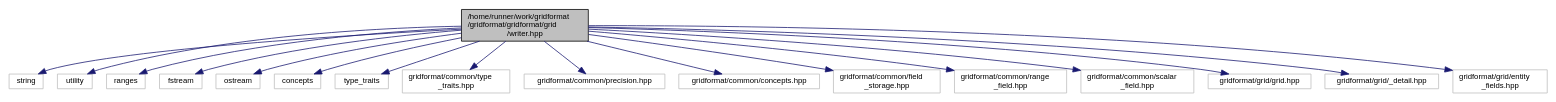
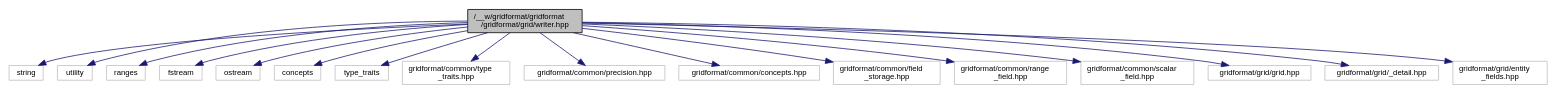
Before and after one commit to dglaeser/gridformat: the diagram in grid_2writer_8hpp__incl.dot, drawn with Graphviz. The commit also changed 329 other files, not shown here.

```diff
--- a/grid_2writer_8hpp__incl.dot
+++ b/grid_2writer_8hpp__incl.dot
@@ -1,39 +1,39 @@
-digraph "/home/runner/work/gridformat/gridformat/gridformat/grid/writer.hpp"
+digraph "/__w/gridformat/gridformat/gridformat/grid/writer.hpp"
 {
  // LATEX_PDF_SIZE
   edge [fontname="Helvetica",fontsize="10",labelfontname="Helvetica",labelfontsize="10"];
   node [fontname="Helvetica",fontsize="10",shape=record];
-  Node1 [label="/home/runner/work/gridformat\l/gridformat/gridformat/grid\l/writer.hpp",height=0.2,width=0.4,color="black", fillcolor="grey75", style="filled", fontcolor="black",tooltip="Base classes for grid data writers."];
+  Node1 [label="/__w/gridformat/gridformat\l/gridformat/grid/writer.hpp",height=0.2,width=0.4,color="black", fillcolor="grey75", style="filled", fontcolor="black",tooltip="Base classes for grid data writers."];
   Node1 -> Node2 [color="midnightblue",fontsize="10",style="solid",fontname="Helvetica"];
   Node2 [label="string",height=0.2,width=0.4,color="grey75", fillcolor="white", style="filled",tooltip=" "];
   Node1 -> Node3 [color="midnightblue",fontsize="10",style="solid",fontname="Helvetica"];
   Node3 [label="utility",height=0.2,width=0.4,color="grey75", fillcolor="white", style="filled",tooltip=" "];
   Node1 -> Node4 [color="midnightblue",fontsize="10",style="solid",fontname="Helvetica"];
   Node4 [label="ranges",height=0.2,width=0.4,color="grey75", fillcolor="white", style="filled",tooltip=" "];
   Node1 -> Node5 [color="midnightblue",fontsize="10",style="solid",fontname="Helvetica"];
   Node5 [label="fstream",height=0.2,width=0.4,color="grey75", fillcolor="white", style="filled",tooltip=" "];
   Node1 -> Node6 [color="midnightblue",fontsize="10",style="solid",fontname="Helvetica"];
   Node6 [label="ostream",height=0.2,width=0.4,color="grey75", fillcolor="white", style="filled",tooltip=" "];
   Node1 -> Node7 [color="midnightblue",fontsize="10",style="solid",fontname="Helvetica"];
   Node7 [label="concepts",height=0.2,width=0.4,color="grey75", fillcolor="white", style="filled",tooltip=" "];
   Node1 -> Node8 [color="midnightblue",fontsize="10",style="solid",fontname="Helvetica"];
   Node8 [label="type_traits",height=0.2,width=0.4,color="grey75", fillcolor="white", style="filled",tooltip=" "];
   Node1 -> Node9 [color="midnightblue",fontsize="10",style="solid",fontname="Helvetica"];
   Node9 [label="gridformat/common/type\l_traits.hpp",height=0.2,width=0.4,color="grey75", fillcolor="white", style="filled",tooltip=" "];
   Node1 -> Node10 [color="midnightblue",fontsize="10",style="solid",fontname="Helvetica"];
   Node10 [label="gridformat/common/precision.hpp",height=0.2,width=0.4,color="grey75", fillcolor="white", style="filled",tooltip=" "];
   Node1 -> Node11 [color="midnightblue",fontsize="10",style="solid",fontname="Helvetica"];
   Node11 [label="gridformat/common/concepts.hpp",height=0.2,width=0.4,color="grey75", fillcolor="white", style="filled",tooltip=" "];
   Node1 -> Node12 [color="midnightblue",fontsize="10",style="solid",fontname="Helvetica"];
   Node12 [label="gridformat/common/field\l_storage.hpp",height=0.2,width=0.4,color="grey75", fillcolor="white", style="filled",tooltip=" "];
   Node1 -> Node13 [color="midnightblue",fontsize="10",style="solid",fontname="Helvetica"];
   Node13 [label="gridformat/common/range\l_field.hpp",height=0.2,width=0.4,color="grey75", fillcolor="white", style="filled",tooltip=" "];
   Node1 -> Node14 [color="midnightblue",fontsize="10",style="solid",fontname="Helvetica"];
   Node14 [label="gridformat/common/scalar\l_field.hpp",height=0.2,width=0.4,color="grey75", fillcolor="white", style="filled",tooltip=" "];
   Node1 -> Node15 [color="midnightblue",fontsize="10",style="solid",fontname="Helvetica"];
   Node15 [label="gridformat/grid/grid.hpp",height=0.2,width=0.4,color="grey75", fillcolor="white", style="filled",tooltip=" "];
   Node1 -> Node16 [color="midnightblue",fontsize="10",style="solid",fontname="Helvetica"];
   Node16 [label="gridformat/grid/_detail.hpp",height=0.2,width=0.4,color="grey75", fillcolor="white", style="filled",tooltip=" "];
   Node1 -> Node17 [color="midnightblue",fontsize="10",style="solid",fontname="Helvetica"];
   Node17 [label="gridformat/grid/entity\l_fields.hpp",height=0.2,width=0.4,color="grey75", fillcolor="white", style="filled",tooltip=" "];
 }
```
